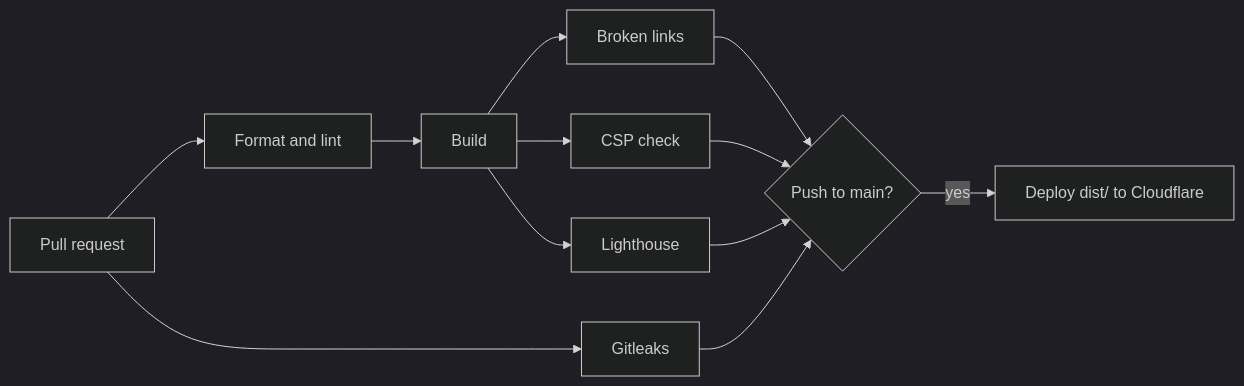
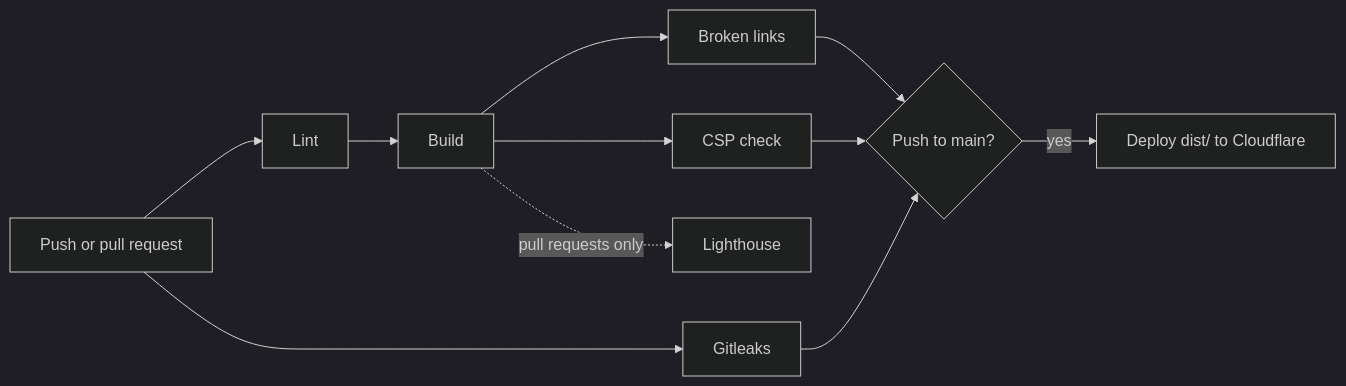
Before and after one commit to aniketh3014/personal-site: the diagram in src/content/posts/how-this-site-is-built.md, drawn with Mermaid (dark theme). The commit also changed other lines of this file and 11 other files, not shown here.

````diff
--- a/src/content/posts/how-this-site-is-built.md
+++ b/src/content/posts/how-this-site-is-built.md
@@ -35,13 +37,13 @@
 ```mermaid
 flowchart LR
   accTitle: CI and deploy pipeline
-  accDescr: A pull request runs lint, build, link, CSP, Lighthouse and secret checks. A push to main runs the same checks, then deploys the checked build to Cloudflare.
-  PR[Pull request] --> L[Format and lint]
+  accDescr: Every push or pull request runs lint, build, link, CSP and secret checks. Pull requests also run Lighthouse. A push to main deploys the checked build to Cloudflare once the core checks pass.
+  E[Push or pull request] --> L[Lint]
   L --> B[Build]
   B --> K[Broken links]
   B --> C[CSP check]
-  B --> H[Lighthouse]
-  PR --> G[Gitleaks]
-  K & C & H & G --> D{Push to main?}
+  E --> G[Gitleaks]
+  B -. "pull requests only" .-> H[Lighthouse]
+  K & C & G --> D{Push to main?}
   D -- yes --> P[Deploy dist/ to Cloudflare]
 ```
````
